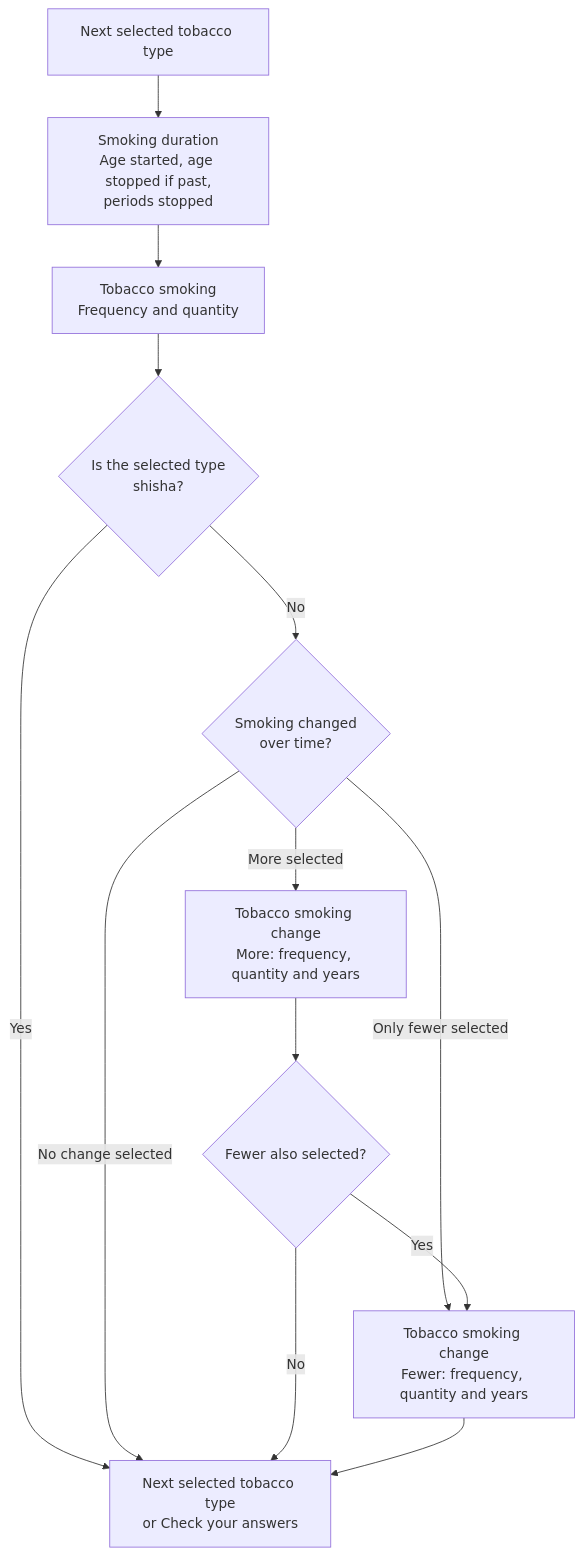
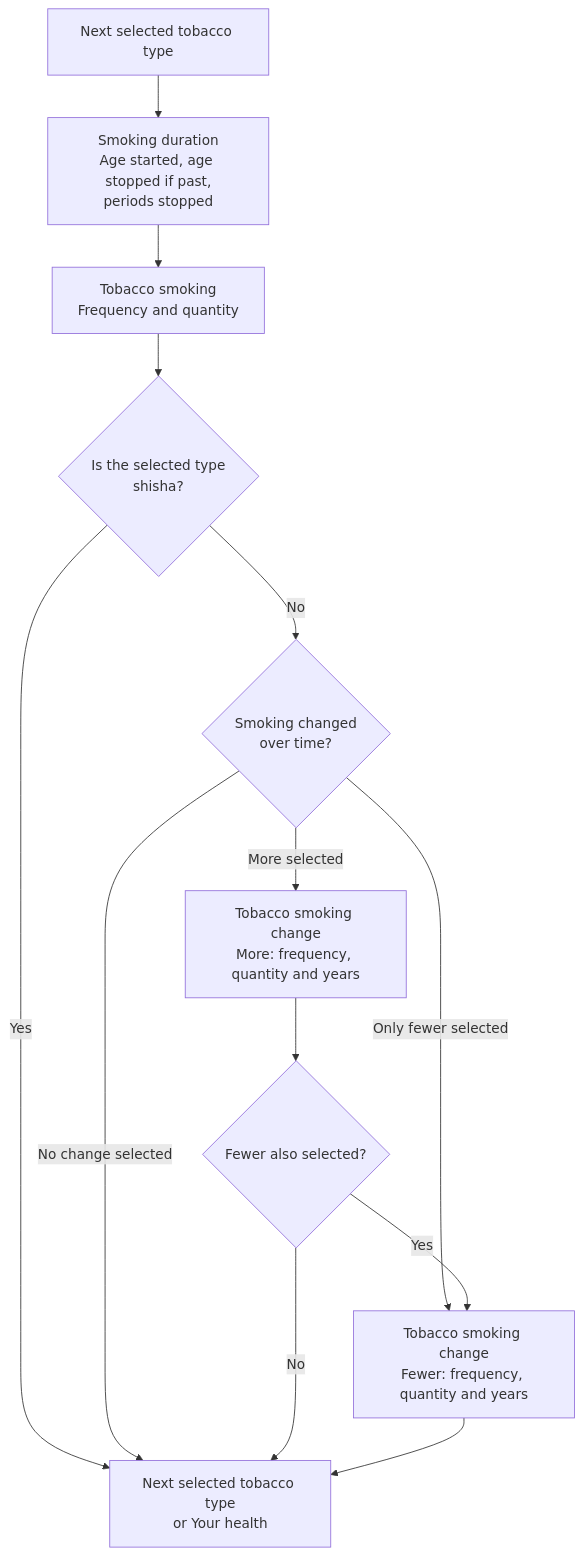
Before and after one commit to NHSDigital/prototype-lung-health-check: the second of 2 diagrams in app/prototype_v4_3/docs/question-flow.md, drawn with Mermaid. The commit also changed other lines of this file and 2 other files, not shown here.

Commit message:
Add missing questions back into flow

````diff
--- a/app/prototype_v4_3/docs/question-flow.md
+++ b/app/prototype_v4_3/docs/question-flow.md
@@ -57,20 +63,20 @@
 ```mermaid
 flowchart TD
   selectedType["Next selected tobacco type"] --> duration["Smoking duration<br>Age started, age stopped if past,<br>periods stopped"]
   duration --> tobaccoSmoking["Tobacco smoking<br>Frequency and quantity"]
 
   tobaccoSmoking --> isShisha{"Is the selected type<br>shisha?"}
-  isShisha -- Yes --> nextTypeOrCya
+  isShisha -- Yes --> nextTypeOrHealth
   isShisha -- No --> changed{"Smoking changed<br>over time?"}
 
-  changed -- No change selected --> nextTypeOrCya
+  changed -- No change selected --> nextTypeOrHealth
   changed -- More selected --> moreChange["Tobacco smoking change<br>More: frequency, quantity and years"]
   moreChange --> fewerSelected{"Fewer also selected?"}
 
   changed -- Only fewer selected --> fewerChange["Tobacco smoking change<br>Fewer: frequency, quantity and years"]
   fewerSelected -- Yes --> fewerChange
-  fewerSelected -- No --> nextTypeOrCya
-  fewerChange --> nextTypeOrCya
+  fewerSelected -- No --> nextTypeOrHealth
+  fewerChange --> nextTypeOrHealth
 
-  nextTypeOrCya["Next selected tobacco type<br>or Check your answers"]
+  nextTypeOrHealth["Next selected tobacco type<br>or Your health"]
 ```
````
